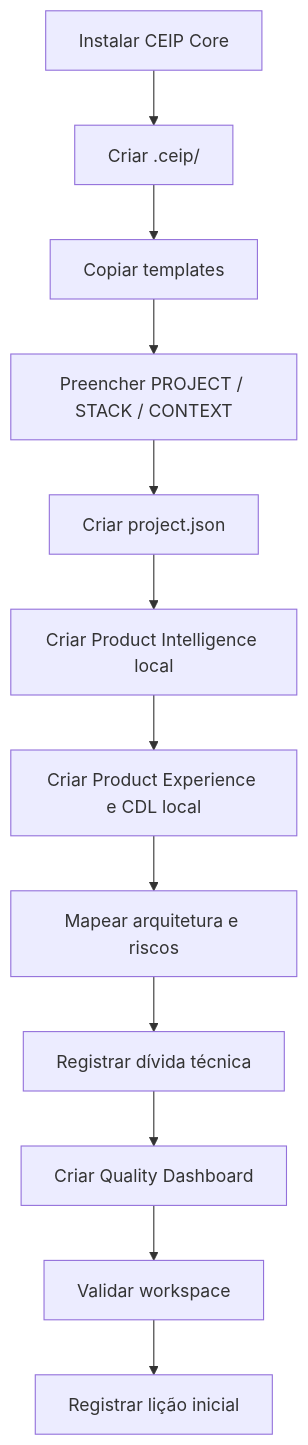
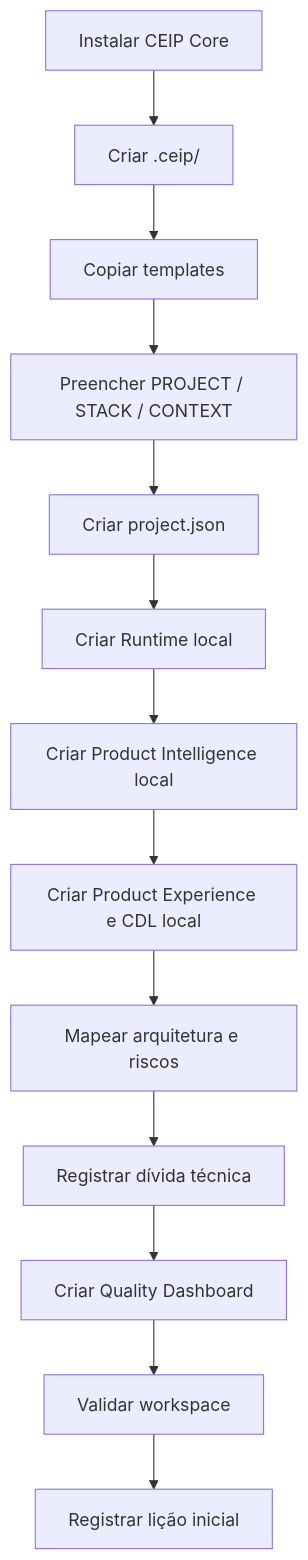
The diagram in workspace/INITIALIZATION_FLOW.md (thyags/method-ceip), drawn with Mermaid before and after one commit. The commit also changed other lines of this file and 61 other files, not shown here.

````diff
--- a/workspace/INITIALIZATION_FLOW.md
+++ b/workspace/INITIALIZATION_FLOW.md
@@ -43,14 +44,15 @@
 ```mermaid
 flowchart TD
     A["Instalar CEIP Core"] --> B["Criar .ceip/"]
     B --> C["Copiar templates"]
     C --> D["Preencher PROJECT / STACK / CONTEXT"]
     D --> E["Criar project.json"]
-    E --> F["Criar Product Intelligence local"]
+    E --> E1["Criar Runtime local"]
+    E1 --> F["Criar Product Intelligence local"]
     F --> G["Criar Product Experience e CDL local"]
     G --> H["Mapear arquitetura e riscos"]
     H --> I["Registrar dívida técnica"]
     I --> J["Criar Quality Dashboard"]
     J --> K["Validar workspace"]
     K --> L["Registrar lição inicial"]
 ```
````
